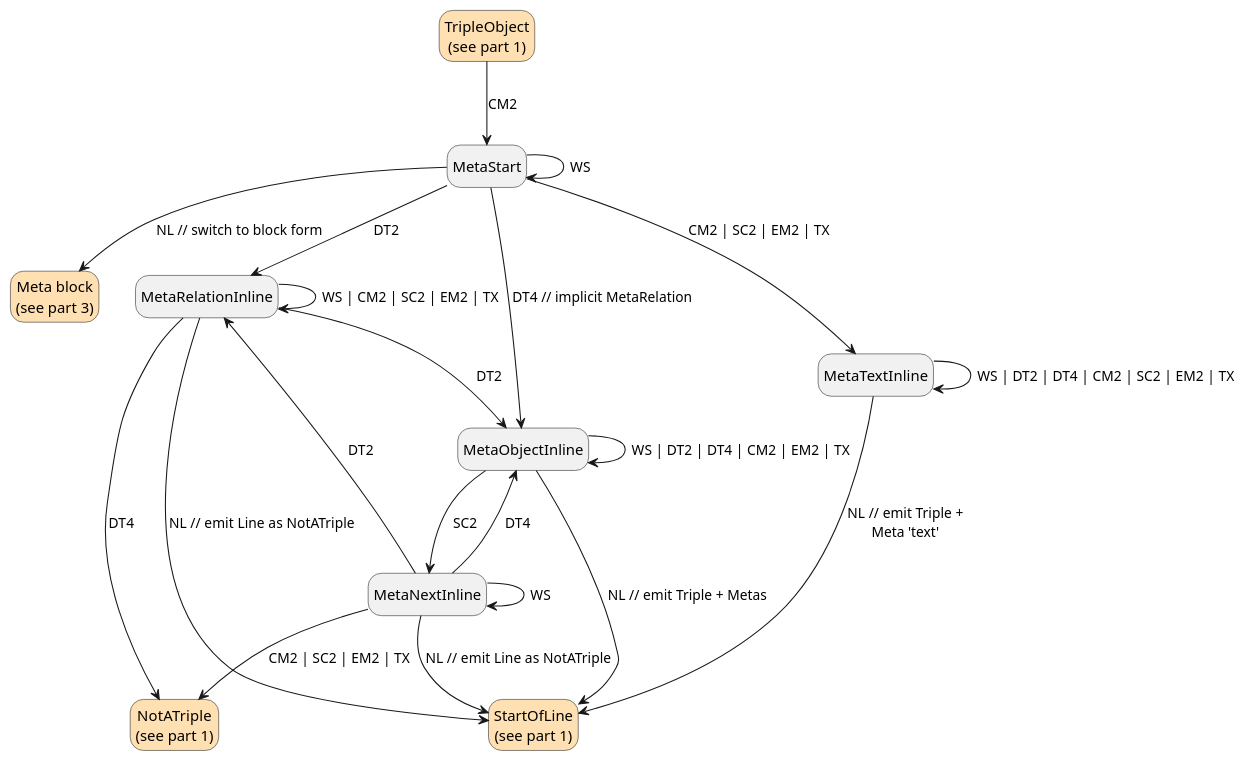
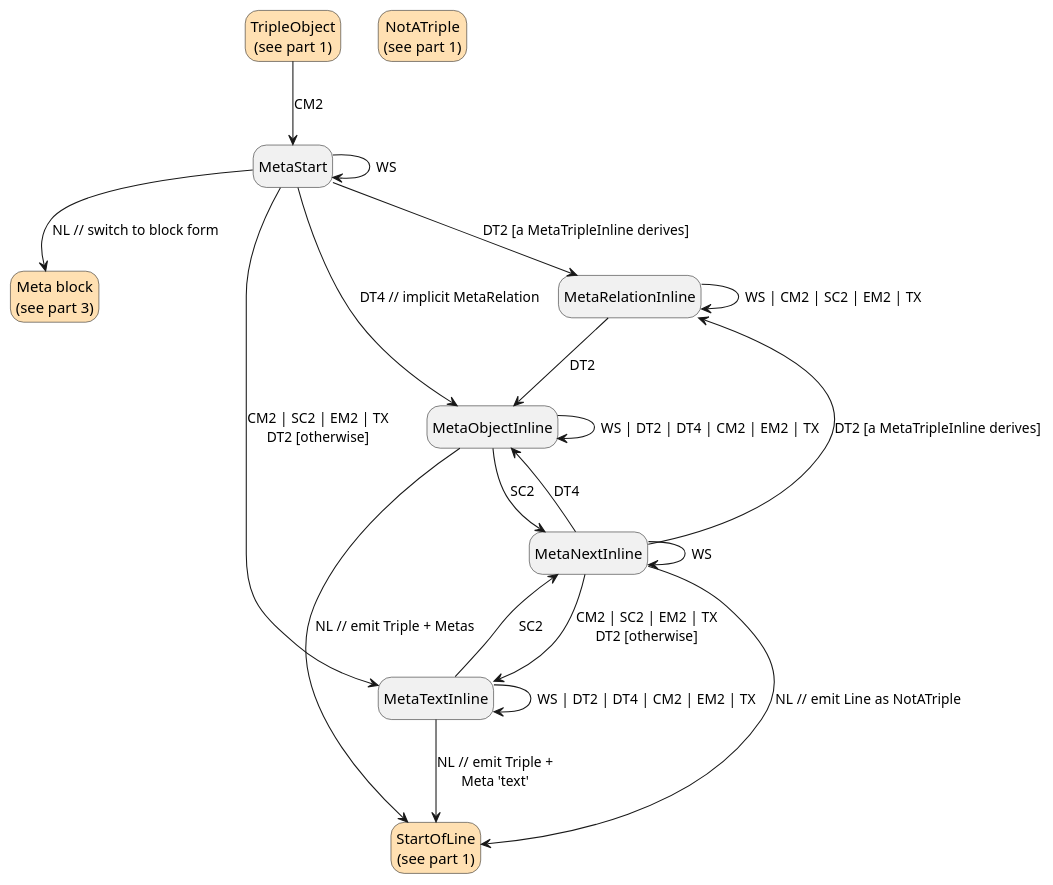
Before and after one commit to Calpano/ddot.it: the fifth of 6 diagrams in site/spec/ddot-it-parse.adoc, drawn with PlantUML. The commit also changed other lines of this file and 1 other file, not shown here.

```diff
--- a/site/spec/ddot-it-parse.adoc
+++ b/site/spec/ddot-it-parse.adoc
@@ -1498,35 +1435,35 @@
 [plantuml]
 ....
 hide empty description
 
 state "TripleObject\n(see part 1)" as TripleObject #ffe0b2
 state "StartOfLine\n(see part 1)" as StartOfLine #ffe0b2
 state "NotATriple\n(see part 1)" as NotATriple #ffe0b2
-state "Meta block\n(see part 3)" as BlockFirstLine #ffe0b2
+state "Meta block\n(see part 3)" as BlockLine #ffe0b2
 
 TripleObject --> MetaStart : CM2
 
 MetaStart --> MetaStart : WS
-MetaStart --> MetaRelationInline : DT2
+MetaStart --> MetaRelationInline : DT2 [a MetaTripleInline derives]
 MetaStart --> MetaObjectInline : DT4 // implicit MetaRelation
-MetaStart --> MetaTextInline : CM2 | SC2 | EM2 | TX
-MetaStart --> BlockFirstLine : NL // switch to block form
+MetaStart --> MetaTextInline : CM2 | SC2 | EM2 | TX\nDT2 [otherwise]
+MetaStart --> BlockLine : NL // switch to block form
 
 MetaRelationInline --> MetaRelationInline : WS | CM2 | SC2 | EM2 | TX
-MetaRelationInline --> StartOfLine : NL // emit Line as NotATriple
-MetaRelationInline --> NotATriple : DT4
 MetaRelationInline --> MetaObjectInline : DT2
 
 MetaObjectInline --> MetaObjectInline : WS | DT2 | DT4 | CM2 | EM2 | TX
 MetaObjectInline --> MetaNextInline : SC2
 MetaObjectInline --> StartOfLine : NL // emit Triple + Metas
 
 MetaNextInline --> MetaNextInline : WS
-MetaNextInline --> MetaRelationInline : DT2
+MetaNextInline --> MetaRelationInline : DT2 [a MetaTripleInline derives]
 MetaNextInline --> MetaObjectInline : DT4
+MetaNextInline --> MetaTextInline : CM2 | SC2 | EM2 | TX\nDT2 [otherwise]
 MetaNextInline --> StartOfLine : NL // emit Line as NotATriple
-MetaNextInline --> NotATriple : CM2 | SC2 | EM2 | TX
 
-MetaTextInline --> MetaTextInline : WS | DT2 | DT4 | CM2 | SC2 | EM2 | TX
+' --- a note ends where the next entry begins: at ';;', like any entry --
+MetaTextInline --> MetaNextInline : SC2
+MetaTextInline --> MetaTextInline : WS | DT2 | DT4 | CM2 | EM2 | TX
 MetaTextInline --> StartOfLine : NL // emit Triple +\nMeta 'text'
 ....
```
